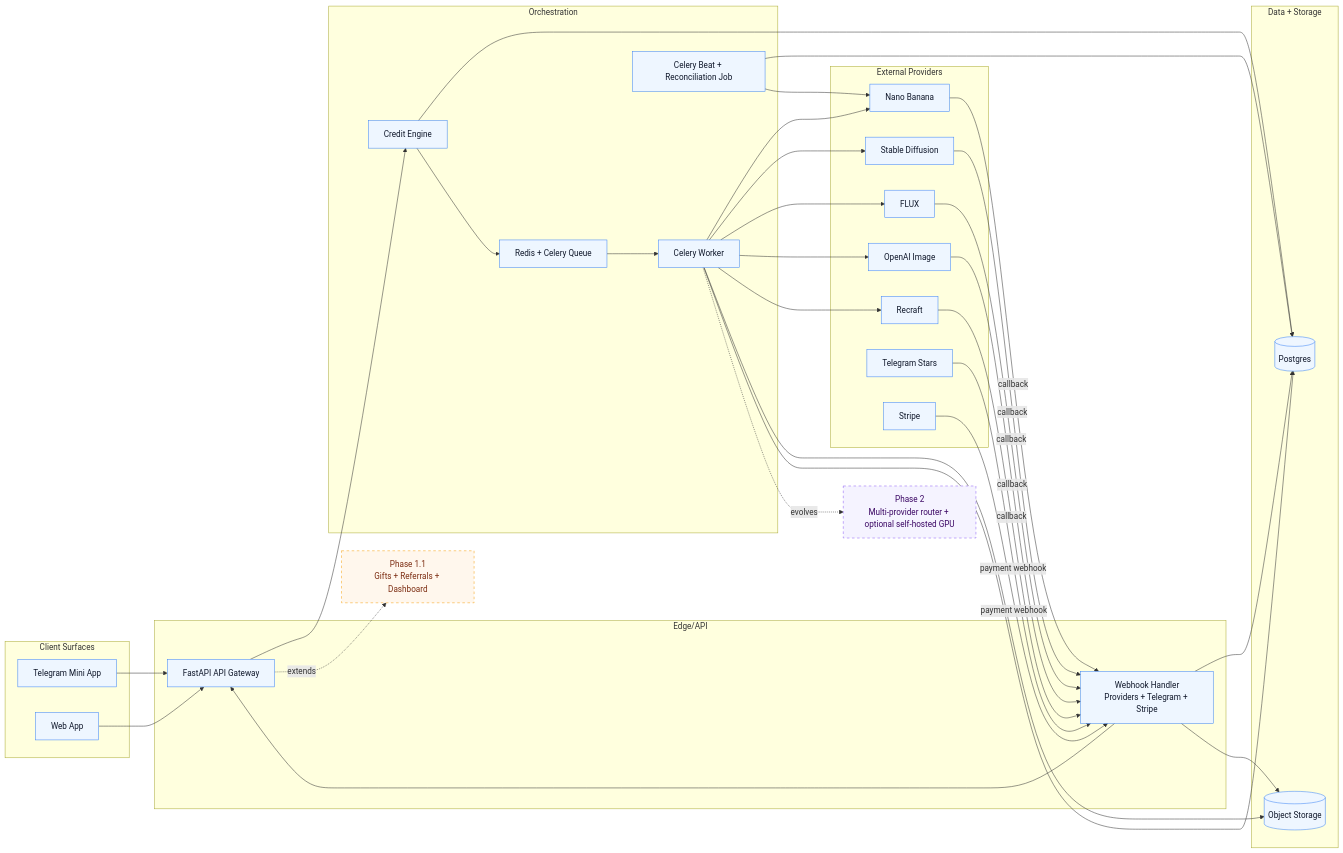
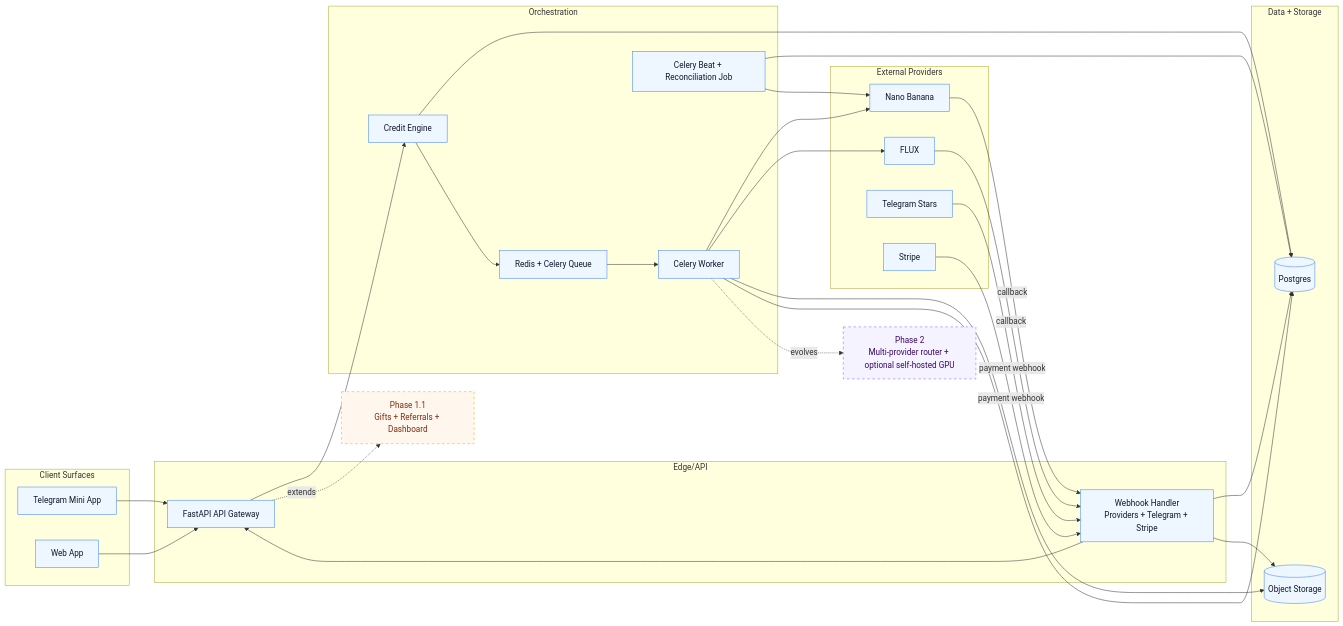
The first of 2 diagrams in specs/06_technical_architecture_diagrams.md (po-dzin/persona-ai), drawn with Mermaid before and after one commit. The commit also changed other lines of this file and 40 other files, not shown here.

````diff
--- a/specs/06_technical_architecture_diagrams.md
+++ b/specs/06_technical_architecture_diagrams.md
@@ -7,74 +7,65 @@
 ```mermaid
 flowchart LR
   classDef mvp fill:#eef6ff,stroke:#3b82f6,stroke-width:1px,color:#0f172a;
   classDef p11 fill:#fff7ed,stroke:#f59e0b,stroke-dasharray: 5 5,color:#7c2d12;
   classDef p2 fill:#f5f3ff,stroke:#8b5cf6,stroke-dasharray: 5 5,color:#3b0764;
 
   subgraph C[Client Surfaces]
     MA[Telegram Mini App]
     WEB[Web App]
   end
 
   subgraph E[Edge/API]
     API[FastAPI API Gateway]
     WH[Webhook Handler\nProviders + Telegram + Stripe]
   end
 
   subgraph O[Orchestration]
     CE[Credit Engine]
     Q[Redis + Celery Queue]
     W[Celery Worker]
     RC[Celery Beat + Reconciliation Job]
   end
 
   subgraph D[Data + Storage]
     DB[(Postgres)]
     OBJ[(Object Storage)]
   end
 
   subgraph X[External Providers]
     NB[Nano Banana]
-    SD[Stable Diffusion]
     FL[FLUX]
-    OI[OpenAI Image]
-    RCF[Recraft]
     TG[Telegram Stars]
     ST[Stripe]
   end
 
   MA --> API
   WEB --> API
   API --> CE
   CE --> DB
   CE --> Q
   Q --> W
   W --> NB
-  W --> SD
   W --> FL
-  W --> OI
-  W --> RCF
   W --> OBJ
   W --> DB
 
   NB -->|callback| WH
-  SD -->|callback| WH
   FL -->|callback| WH
-  OI -->|callback| WH
-  RCF -->|callback| WH
   TG -->|payment webhook| WH
   ST -->|payment webhook| WH
   WH --> DB
   WH --> OBJ
   WH --> API
 
   RC --> DB
   RC --> NB
 
   P11[Phase 1.1\nGifts + Referrals + Dashboard]:::p11
   P2[Phase 2\nMulti-provider router + optional self-hosted GPU]:::p2
 
   API -. extends .-> P11
   W -. evolves .-> P2
 
-  class MA,WEB,API,WH,CE,Q,W,RC,DB,OBJ,NB,SD,FL,OI,RCF,TG,ST mvp;
+  class MA,WEB,API,WH,CE,Q,W,RC,DB,OBJ,NB,FL,TG,ST mvp;
 ```
````
